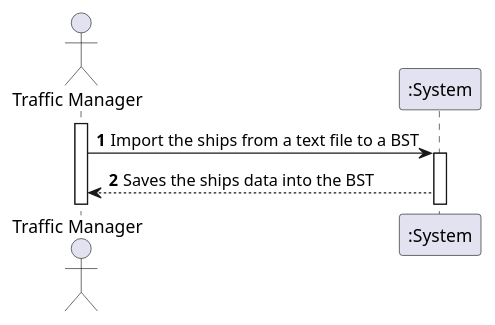
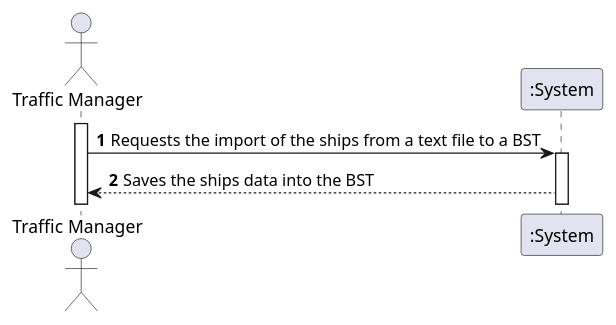
The diagram in docs/Sprint 1/US101/US101_SSD.puml (1190772/LAB-Project-3), drawn with PlantUML before and after one commit. The commit also changed 1 other file, not shown here.

```diff
--- a/docs/Sprint 1/US101/US101_SSD.puml
+++ b/docs/Sprint 1/US101/US101_SSD.puml
@@ -1,14 +1,14 @@
 @startuml
 'https://plantuml.com/sequence-diagram
 
 autonumber
 
 actor "Traffic Manager" as TM
 
 activate TM
-TM -> ":System" : Import the ships from a text file to a BST
+TM -> ":System" : Requests the import of the ships from a text file to a BST
 
 activate ":System"
 ":System" --> TM : Saves the ships data into the BST
 
 @enduml
```
